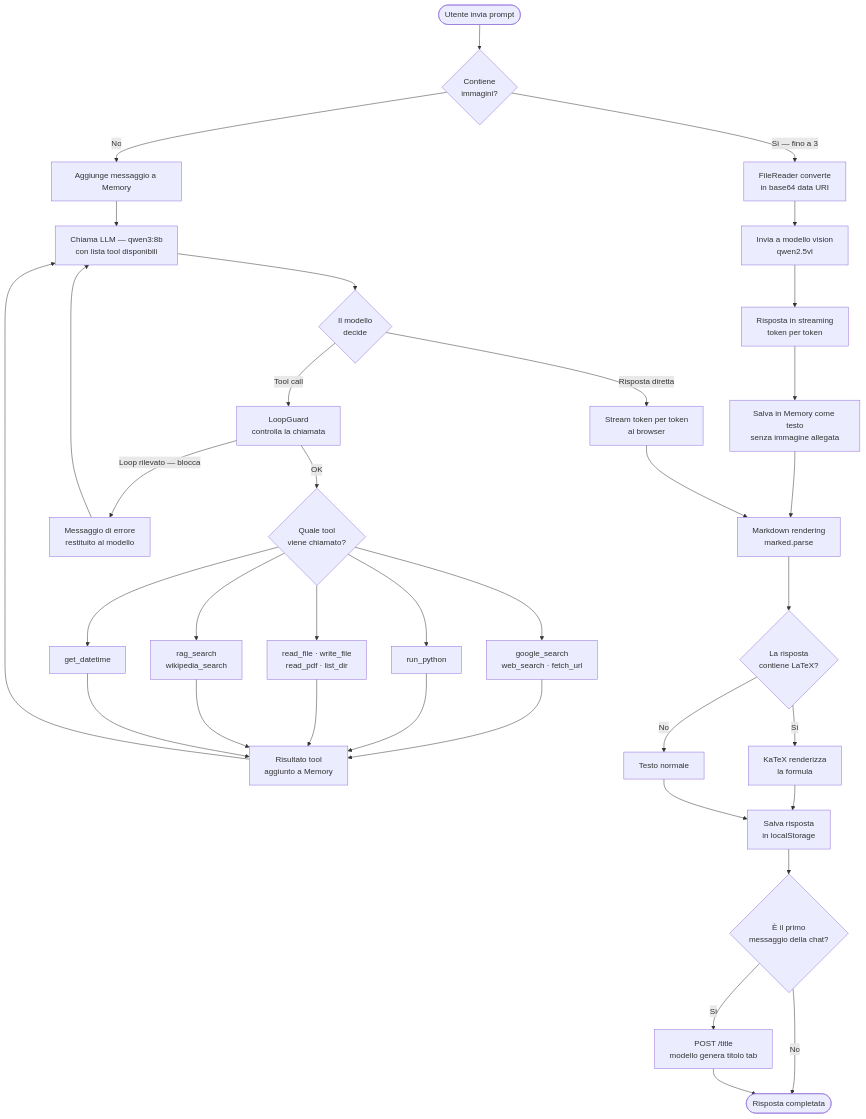
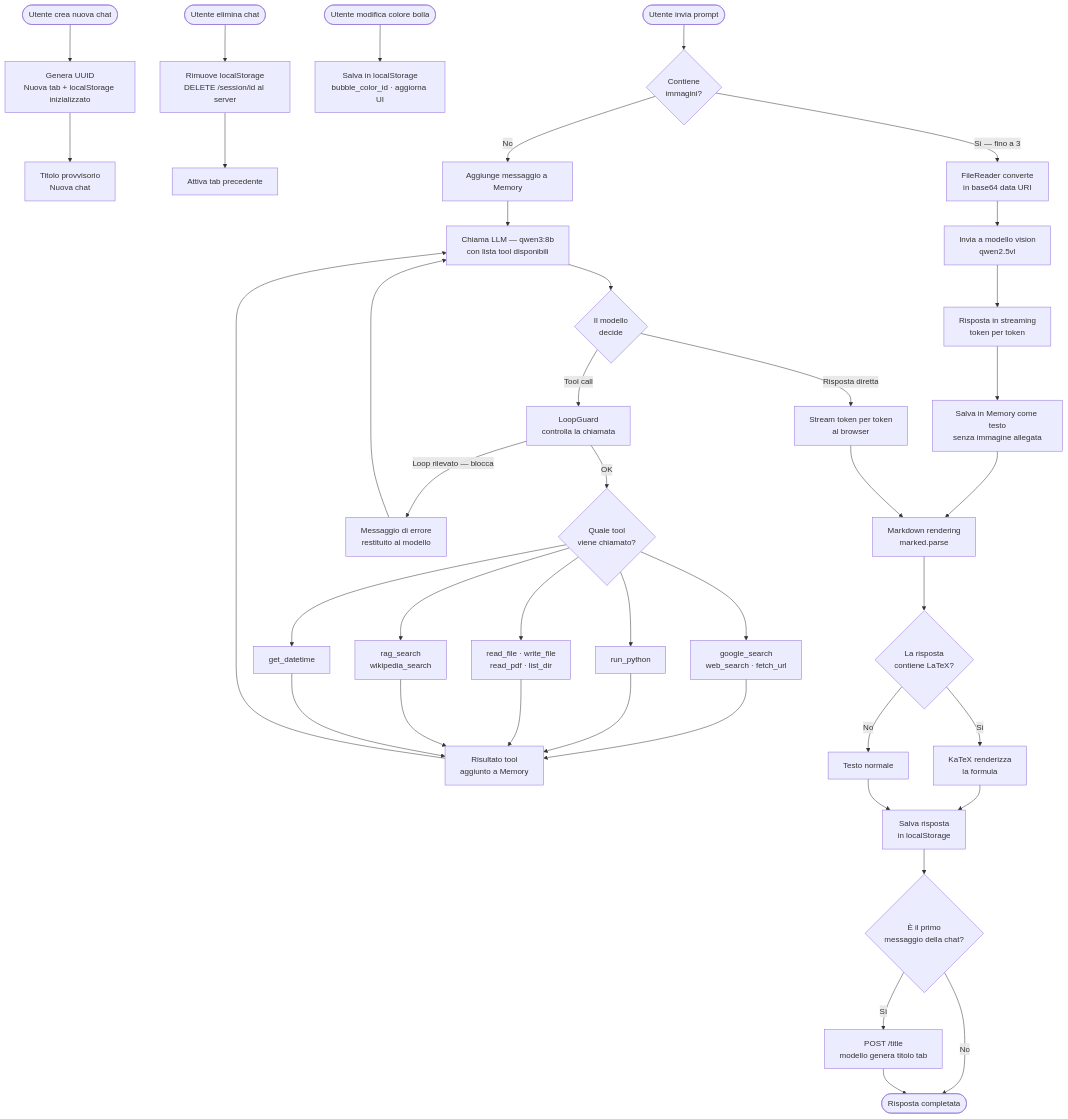
One commit to AlbertoBruscoliniMain/RaxeusAI changed the second of 4 diagrams in REQUISITI_PROGETTO.md. Above: the diagram before and after it, drawn with Mermaid. The commit also changed other lines of this file, not shown here.

Commit message:
Requisiti: aggiunti flussi crea/elimina chat, modifica colore e elimina canzone cache nei diagrammi 6.5 e 6.6

````diff
--- a/REQUISITI_PROGETTO.md
+++ b/REQUISITI_PROGETTO.md
@@ -233,42 +233,52 @@
 ```mermaid
 flowchart TD
+    %% ── Gestione chat ──────────────────────────────
+    CREATE([Utente crea nuova chat]) --> NC[Genera UUID\nNuova tab + localStorage inizializzato]
+    NC --> NTITLE[Titolo provvisorio\nNuova chat]
+
+    DELCHAT([Utente elimina chat]) --> DC[Rimuove localStorage\nDELETE /session/id al server]
+    DC --> PREV[Attiva tab precedente]
+
+    COLOR([Utente modifica colore bolla]) --> SC[Salva in localStorage\nbubble_color_id · aggiorna UI]
+
+    %% ── Invio prompt ────────────────────────────────
     START([Utente invia prompt]) --> IMG{Contiene\nimmagini?}
 
     IMG -->|Sì — fino a 3| V1[FileReader converte\nin base64 data URI]
     V1 --> V2[Invia a modello vision\nqwen2.5vl]
     V2 --> V3[Risposta in streaming\ntoken per token]
     V3 --> V4[Salva in Memory come testo\nsenza immagine allegata]
     V4 --> REND
 
     IMG -->|No| A1[Aggiunge messaggio a Memory]
     A1 --> A2[Chiama LLM — qwen3:8b\ncon lista tool disponibili]
     A2 --> DEC{Il modello\ndecide}
 
     DEC -->|Risposta diretta| S1[Stream token per token\nal browser]
     DEC -->|Tool call| LG[LoopGuard\ncontrolla la chiamata]
 
     LG -->|Loop rilevato — blocca| LE[Messaggio di errore\nrestituito al modello]
     LE --> A2
 
     LG -->|OK| TW{Quale tool\nviene chiamato?}
     TW --> TA[google_search\nweb_search · fetch_url]
     TW --> TB[run_python]
     TW --> TC[read_file · write_file\nread_pdf · list_dir]
     TW --> TD[rag_search\nwikipedia_search]
     TW --> TE[get_datetime]
 
     TA & TB & TC & TD & TE --> TR[Risultato tool\naggiunto a Memory]
     TR --> A2
 
     S1 --> REND[Markdown rendering\nmarked.parse]
     REND --> LAT{La risposta\ncontiene LaTeX?}
     LAT -->|Sì| KT[KaTeX renderizza\nla formula]
     LAT -->|No| NT[Testo normale]
     KT & NT --> LS[Salva risposta\nin localStorage]
     LS --> FIRST{È il primo\nmessaggio della chat?}
     FIRST -->|Sì| TI[POST /title\nmodello genera titolo tab]
     FIRST -->|No| END
     TI --> END
 
     END([Risposta completata])
 ```
````
